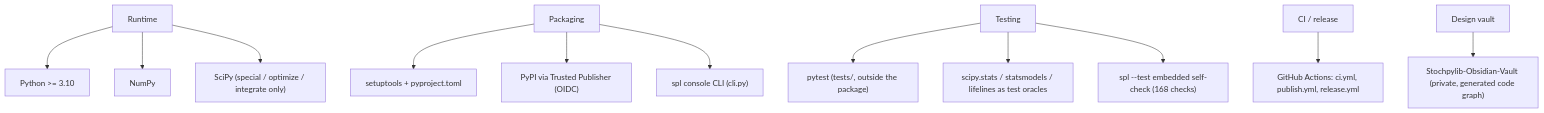
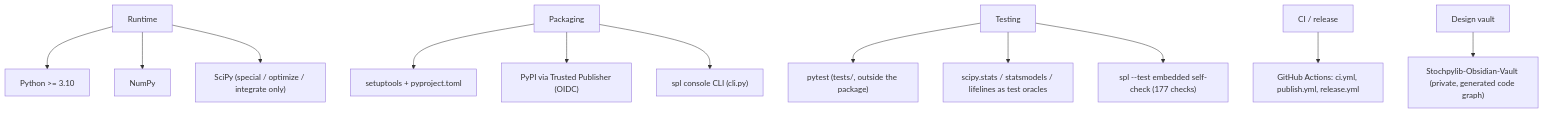
The second of 2 diagrams in README.md (leon1706-lol/Stochpylib), drawn with Mermaid before and after one commit. The commit also changed other lines of this file and 34 other files, not shown here.

````diff
--- a/README.md
+++ b/README.md
@@ -237,14 +245,14 @@
 ```mermaid
 flowchart TB
     A["Runtime"] --> A1["Python >= 3.10"]
     A --> A2["NumPy"]
     A --> A3["SciPy (special / optimize / integrate only)"]
     B["Packaging"] --> B1["setuptools + pyproject.toml"]
     B --> B2["PyPI via Trusted Publisher (OIDC)"]
     B --> B3["spl console CLI (cli.py)"]
     C["Testing"] --> C1["pytest (tests/, outside the package)"]
     C --> C2["scipy.stats / statsmodels / lifelines as test oracles"]
-    C --> C3["spl --test embedded self-check (168 checks)"]
+    C --> C3["spl --test embedded self-check (177 checks)"]
     D["CI / release"] --> D1["GitHub Actions: ci.yml, publish.yml, release.yml"]
     E["Design vault"] --> E1["Stochpylib-Obsidian-Vault (private, generated code graph)"]
 ```
````
